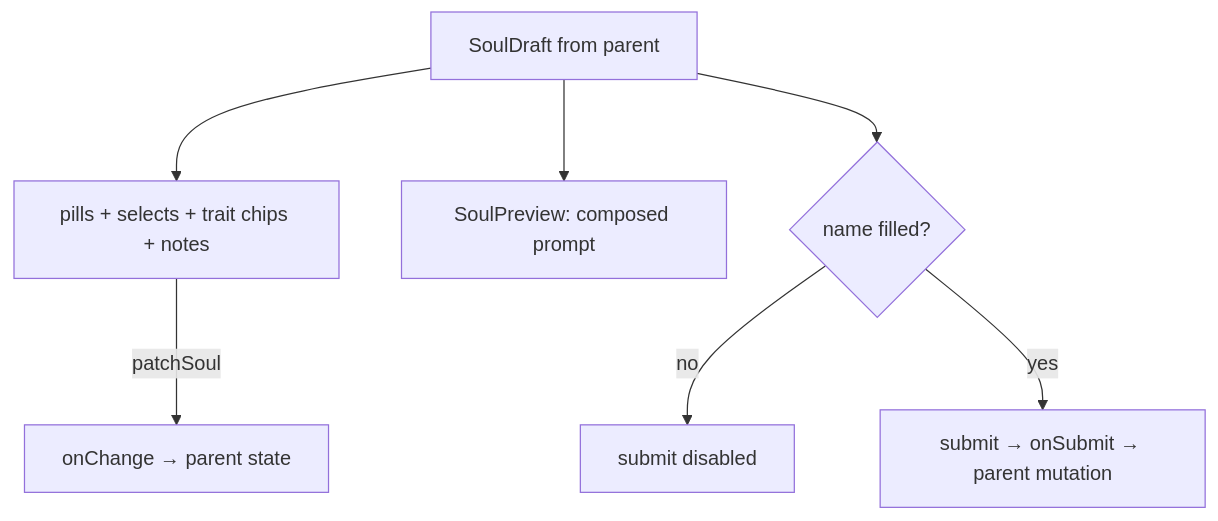
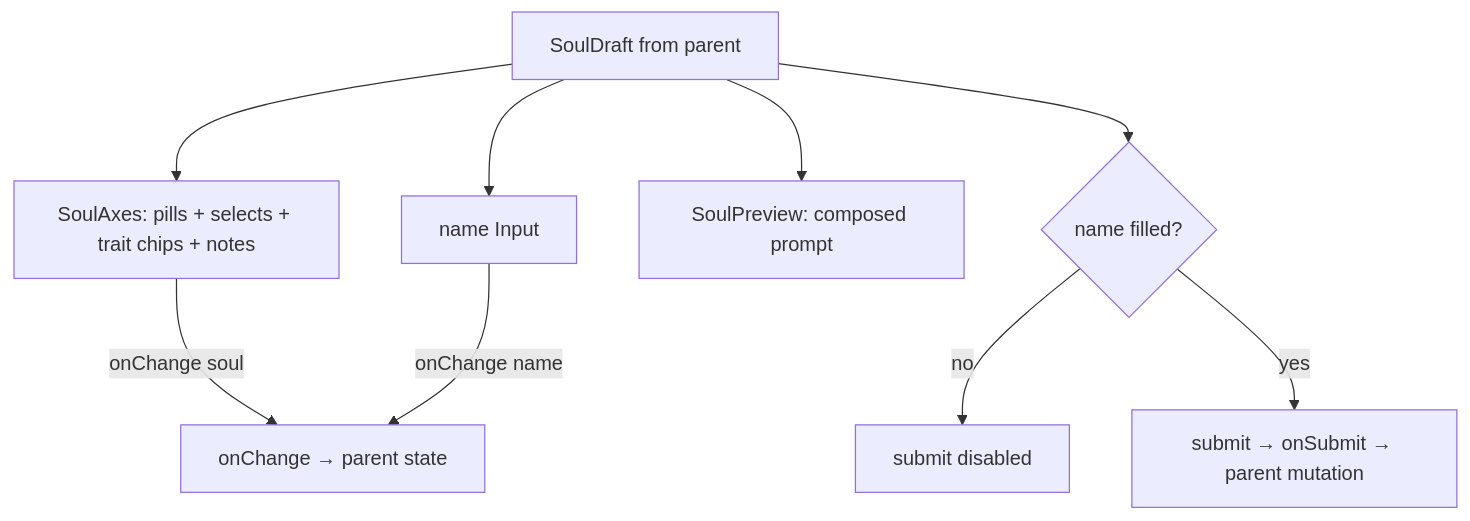
The diagram in apps/web/src/modules/Soul/components/SoulConstructor.tsx.md (AzamatRaimbekov2/openCreate), drawn with Mermaid before and after one commit. The commit also changed other lines of this file and 359 other files, not shown here.

````diff
--- a/apps/web/src/modules/Soul/components/SoulConstructor.tsx.md
+++ b/apps/web/src/modules/Soul/components/SoulConstructor.tsx.md
@@ -32,9 +30,11 @@
 ```mermaid
 flowchart TD
-  D[SoulDraft from parent] --> PICK[pills + selects + trait chips + notes]
-  PICK -->|patchSoul| OC[onChange → parent state]
+  D[SoulDraft from parent] --> NAMEF[name Input]
+  D --> AX[SoulAxes: pills + selects + trait chips + notes]
+  AX -->|onChange soul| OC[onChange → parent state]
+  NAMEF -->|onChange name| OC
   D --> PV[SoulPreview: composed prompt]
   D --> NAME{name filled?}
   NAME -->|no| DIS[submit disabled]
   NAME -->|yes| SUB[submit → onSubmit → parent mutation]
 ```
````
